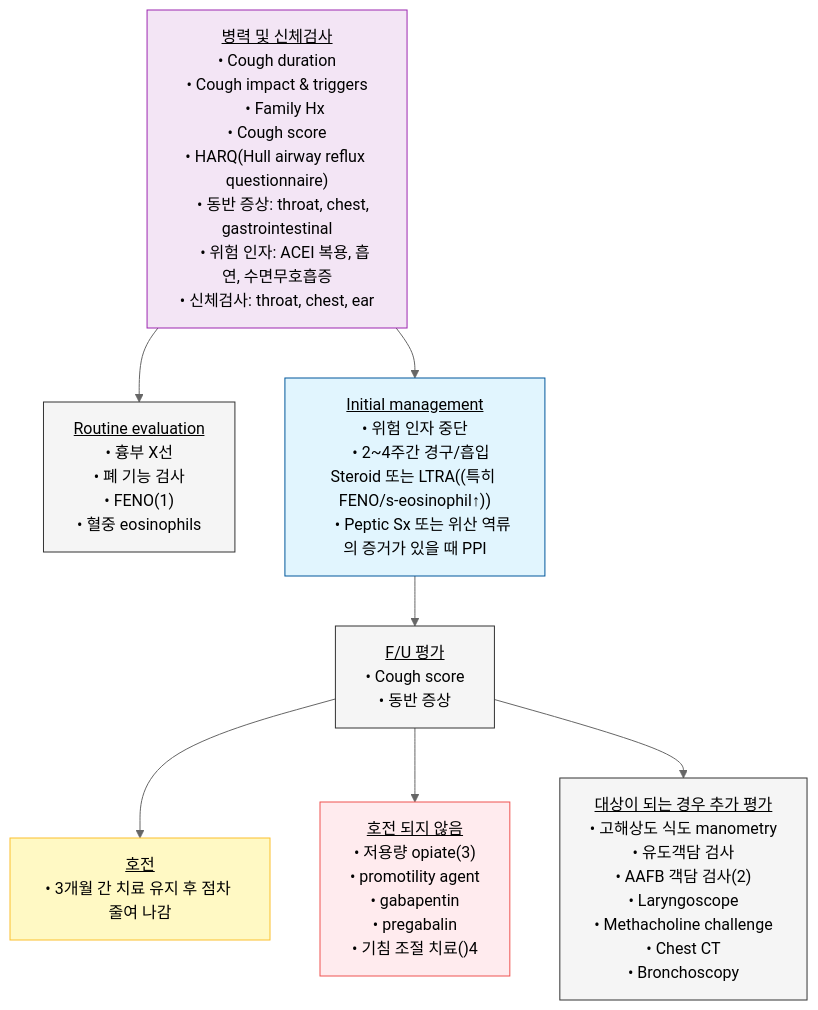
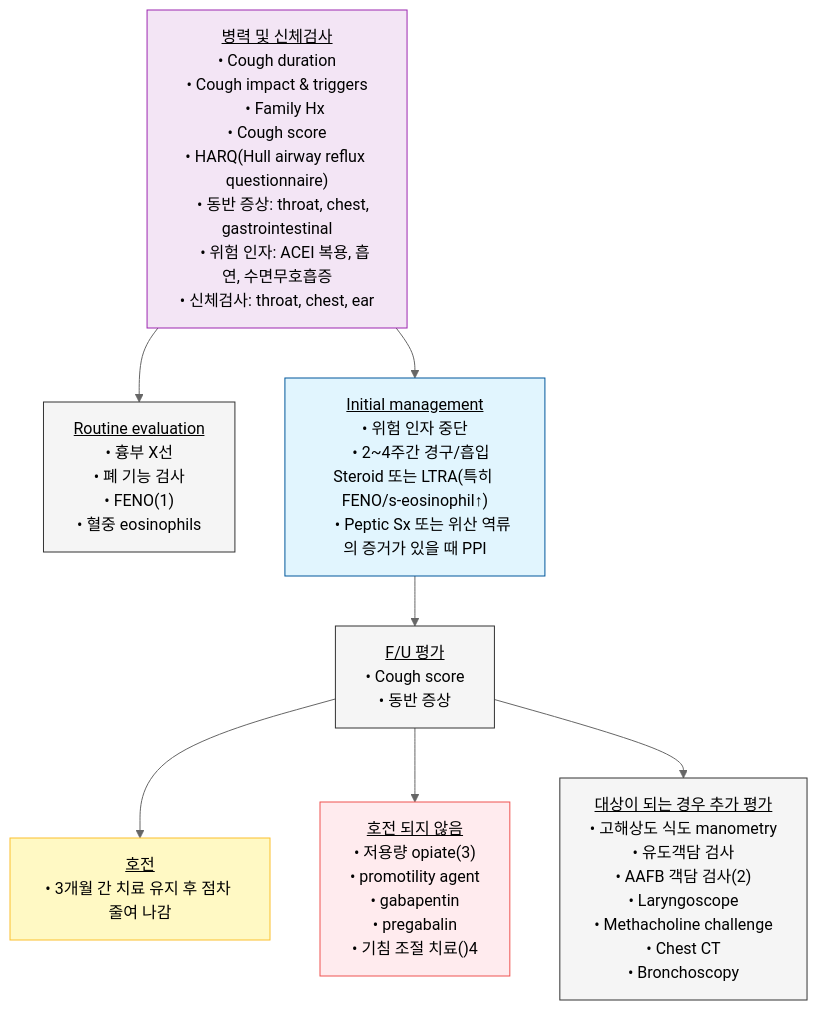
Before and after one commit to familyoh77/familyoh77: the fourth of 4 diagrams in 220_/006_-cough.md, drawn with Mermaid (neutral theme). The commit also changed other lines of this file, not shown here.

````diff
--- a/220_/006_-cough.md
+++ b/220_/006_-cough.md
@@ -350,33 +351,33 @@
 ```mermaid
 graph TD
     %% Start 박스 가로 너비 확장
     Start["<u>병력 및 신체검사</u><br/>• Cough duration<br/>• Cough impact & triggers
     • Family Hx<br/>• Cough score<br/>• HARQ(Hull airway reflux questionnaire)
     • 동반 증상: throat, chest, gastrointestinal
     • 위험 인자: ACEI 복용, 흡연, 수면무호흡증<br/>• 신체검사: throat, chest, ear"]
 
     Start --> Routine["<u>Routine evaluation</u><br/>• 흉부 X선<br/>• 폐 기능 검사<br/>• FENO(1)
     • 혈중 eosinophils"]
     
     Start --> Initial["<u>Initial management</u><br/>• 위험 인자 중단
-    • 2~4주간 경구/흡입 Steroid 또는 LTRA((특히 FENO/s-eosinophil↑))
+    • 2~4주간 경구/흡입 Steroid 또는 LTRA(특히 FENO/s-eosinophil↑)
     • Peptic Sx 또는 위산 역류의 증거가 있을 때 PPI"]
 
     Initial --> FU["<u>F/U 평가</u><br/>• Cough score<br/>• 동반 증상"]
 
     FU --> Improved["<u>호전</u><br/>• 3개월 간 치료 유지 후 점차 줄여 나감"]
     FU --> NotImproved["<u>호전 되지 않음</u>
     • 저용량 opiate(3)<br/> • promotility agent<br/>• gabapentin<br/>• pregabalin<br/>• 기침 조절 치료()4"]
 
     FU --> AddEval["<u>대상이 되는 경우 추가 평가</u><br/>• 고해상도 식도 manometry<br/>• 유도객담 검사
     • AAFB 객담 검사(2)<br/>• Laryngoscope<br/>• Methacholine challenge<br/>• Chest CT<br/>• Bronchoscopy"]
 
     %% 스타일 설정
     style Start fill:#f3e5f5,stroke:#9c27b0
     style Routine fill:#f5f5f5,stroke:#333
     style Initial fill:#e1f5fe,stroke:#01579b
     style FU fill:#f5f5f5,stroke:#333
     style Improved fill:#fff9c4,stroke:#fbc02d
     style NotImproved fill:#ffebee,stroke:#ef5350
     style AddEval fill:#f5f5f5,stroke:#333
 ```
````
